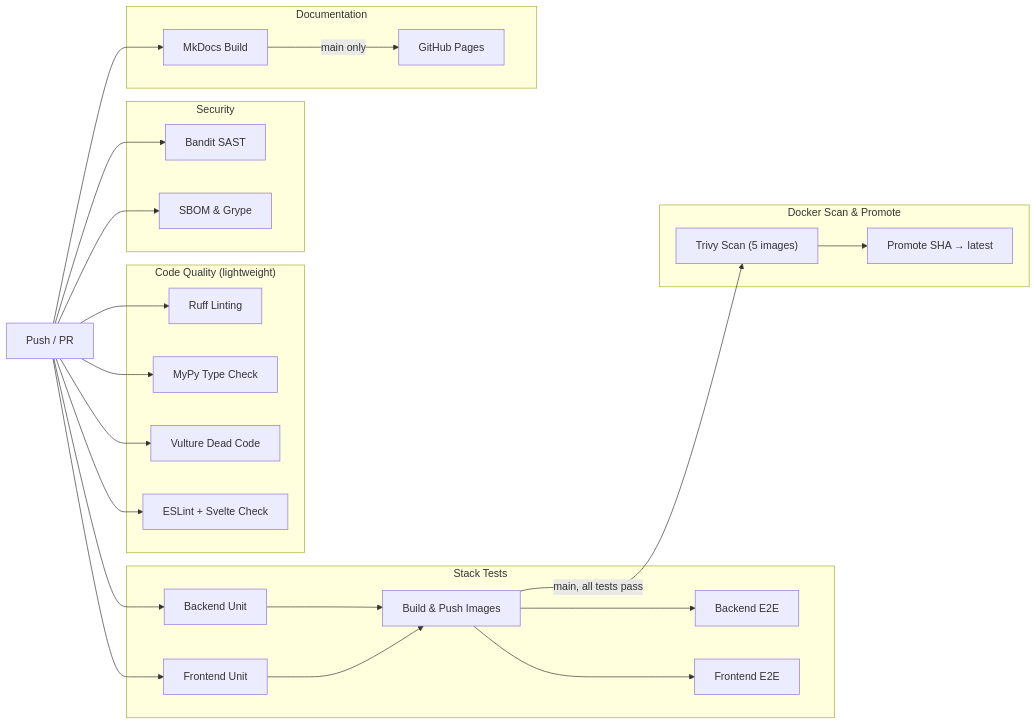
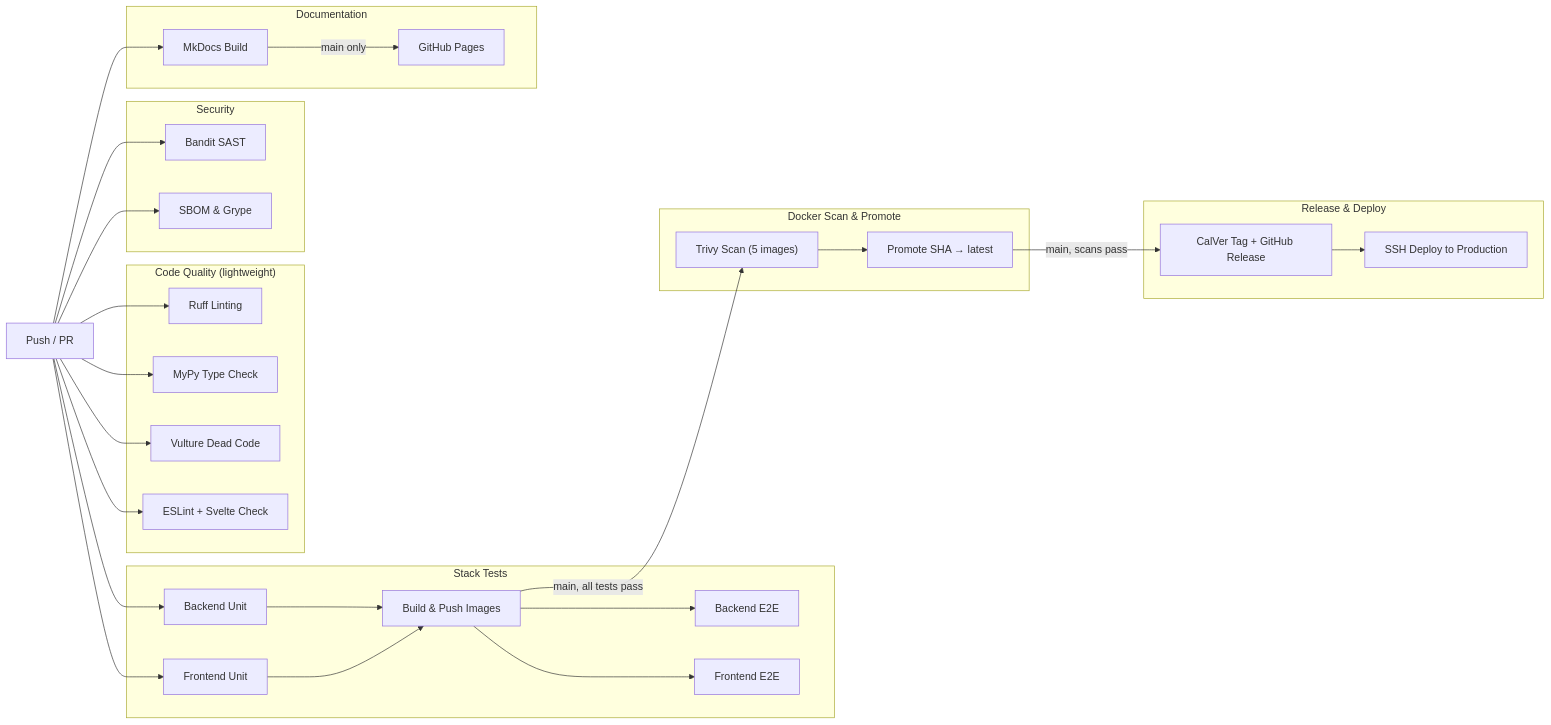
Before and after one commit to HardMax71/Integr8sCode: the first of 4 diagrams in docs/operations/cicd.md, drawn with Mermaid. The commit also changed other lines of this file and 8 other files, not shown here.

````diff
--- a/docs/operations/cicd.md
+++ b/docs/operations/cicd.md
@@ -9,41 +9,48 @@
 ```mermaid
 graph LR
     subgraph "Code Quality (lightweight)"
         Ruff["Ruff Linting"]
         MyPy["MyPy Type Check"]
         Vulture["Vulture Dead Code"]
         ESLint["ESLint + Svelte Check"]
     end
 
     subgraph "Security"
         Bandit["Bandit SAST"]
         SBOM["SBOM & Grype"]
     end
 
     subgraph "Stack Tests"
         UnitBE["Backend Unit"]
         UnitFE["Frontend Unit"]
         Build["Build & Push Images"]
         E2E_BE["Backend E2E"]
         E2E_FE["Frontend E2E"]
         UnitBE --> Build
         UnitFE --> Build
         Build --> E2E_BE
         Build --> E2E_FE
     end
 
     subgraph "Docker Scan & Promote"
         Scan["Trivy Scan (5 images)"]
         Promote["Promote SHA → latest"]
         Scan --> Promote
     end
 
+    subgraph "Release & Deploy"
+        Release["CalVer Tag + GitHub Release"]
+        Deploy["SSH Deploy to Production"]
+        Release --> Deploy
+    end
+
     subgraph "Documentation"
         Docs["MkDocs Build"]
         Pages["GitHub Pages"]
     end
 
     Push["Push / PR"] --> Ruff & MyPy & Vulture & ESLint & Bandit & SBOM & UnitBE & UnitFE & Docs
     Build -->|main, all tests pass| Scan
+    Promote -->|main, scans pass| Release
     Docs -->|main only| Pages
 ```
````
